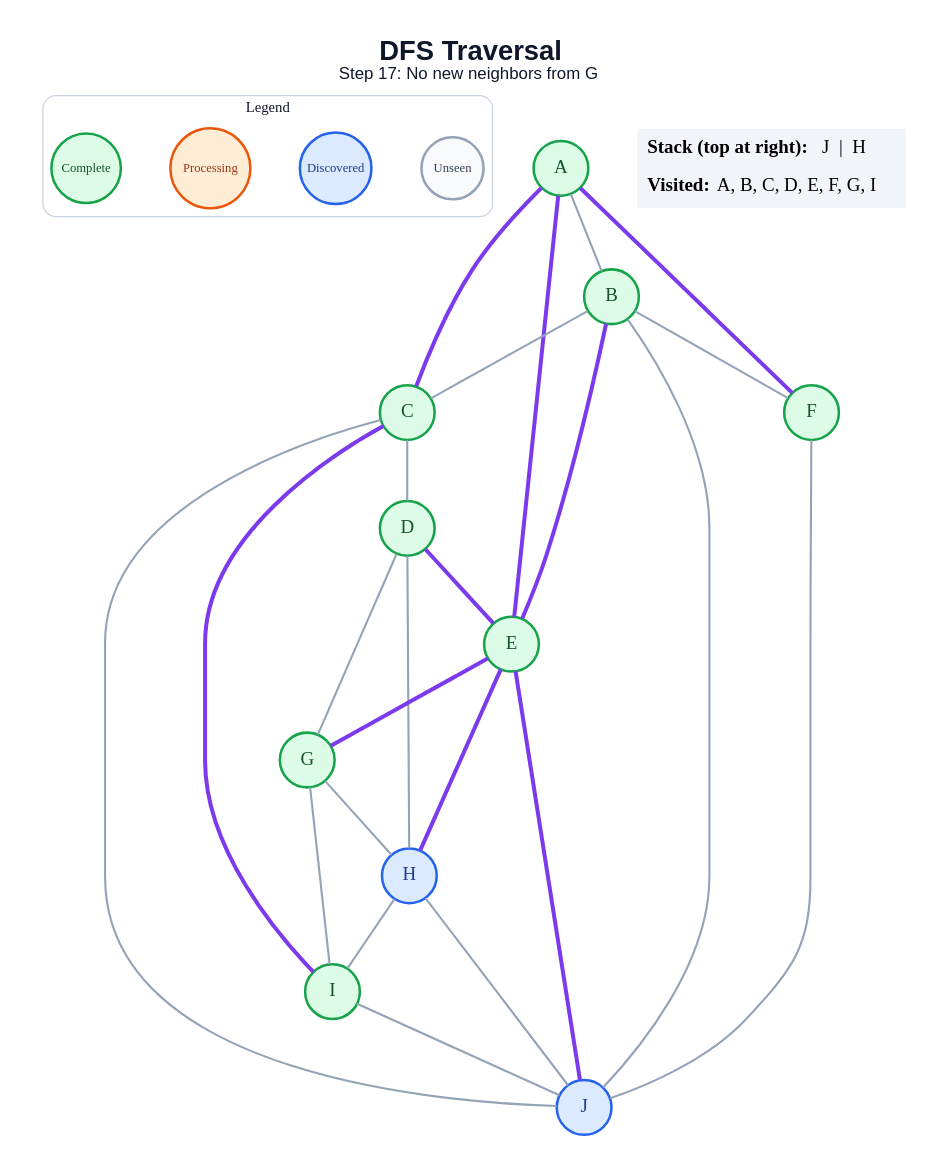
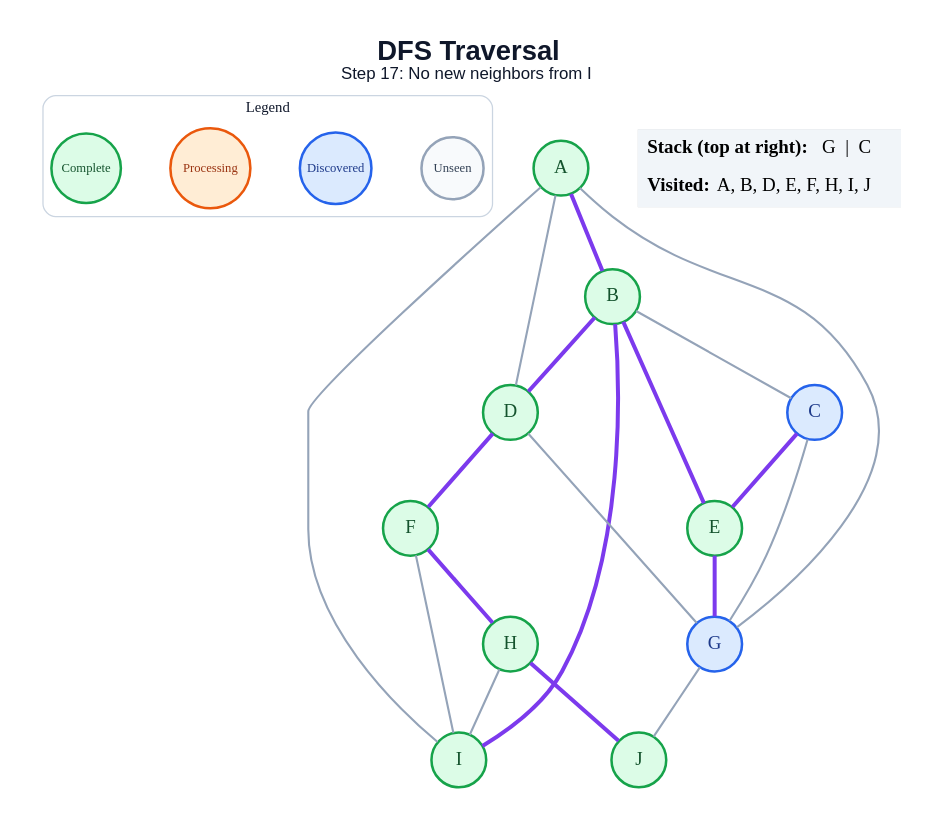
The diagram in generated/specific-node/dfs/step_17.dot (amanghodawala9/ai-slop), drawn with Graphviz before and after one commit. The commit also changed 178 other files, not shown here.

```diff
--- a/generated/specific-node/dfs/step_17.dot
+++ b/generated/specific-node/dfs/step_17.dot
@@ -1,52 +1,47 @@
 graph traversal {
   graph [layout=dot, rankdir=TB, bgcolor="#FFFFFF", pad="0.35", nodesep="0.65", ranksep="0.8", fontname="Arial"];
   node [shape=circle, style="filled", fontname="Arial Bold", fontsize=18, width=0.72, fixedsize=true, penwidth=2.4];
   edge [color="#94A3B8", penwidth=2.0];
-  label=<<B>DFS Traversal</B><BR/><FONT POINT-SIZE="16">Step 17: No new neighbors from G</FONT>>; labelloc="t"; fontsize=26; fontname="Arial"; fontcolor="#0F172A";
+  label=<<B>DFS Traversal</B><BR/><FONT POINT-SIZE="16">Step 17: No new neighbors from I</FONT>>; labelloc="t"; fontsize=26; fontname="Arial"; fontcolor="#0F172A";
   subgraph cluster_legend { label="Legend"; color="#CBD5E1"; penwidth=1.2; style="rounded"; fontsize=14; fontname="Arial Bold";
     key_unseen [label="Unseen", fillcolor="#F8FAFC", color="#94A3B8", fontcolor="#334155", fontsize=12, width=0.82];
     key_frontier [label="Discovered", fillcolor="#DBEAFE", color="#2563EB", fontcolor="#1E3A8A", fontsize=12, width=0.95];
     key_current [label="Processing", fillcolor="#FFEDD5", color="#EA580C", fontcolor="#9A3412", fontsize=12, width=1.05];
     key_done [label="Complete", fillcolor="#DCFCE7", color="#16A34A", fontcolor="#14532D", fontsize=12, width=0.92];
     { rank=same; key_unseen; key_frontier; key_current; key_done; }
   }
   A [fillcolor="#DCFCE7", color="#16A34A", fontcolor="#14532D"];
   B [fillcolor="#DCFCE7", color="#16A34A", fontcolor="#14532D"];
-  C [fillcolor="#DCFCE7", color="#16A34A", fontcolor="#14532D"];
+  C [fillcolor="#DBEAFE", color="#2563EB", fontcolor="#1E3A8A"];
   D [fillcolor="#DCFCE7", color="#16A34A", fontcolor="#14532D"];
   E [fillcolor="#DCFCE7", color="#16A34A", fontcolor="#14532D"];
   F [fillcolor="#DCFCE7", color="#16A34A", fontcolor="#14532D"];
-  G [fillcolor="#DCFCE7", color="#16A34A", fontcolor="#14532D"];
-  H [fillcolor="#DBEAFE", color="#2563EB", fontcolor="#1E3A8A"];
+  G [fillcolor="#DBEAFE", color="#2563EB", fontcolor="#1E3A8A"];
+  H [fillcolor="#DCFCE7", color="#16A34A", fontcolor="#14532D"];
   I [fillcolor="#DCFCE7", color="#16A34A", fontcolor="#14532D"];
-  J [fillcolor="#DBEAFE", color="#2563EB", fontcolor="#1E3A8A"];
-  A -- B;
-  A -- C [color="#7C3AED", penwidth=3.8];
-  A -- E [color="#7C3AED", penwidth=3.8];
-  A -- F [color="#7C3AED", penwidth=3.8];
+  J [fillcolor="#DCFCE7", color="#16A34A", fontcolor="#14532D"];
+  A -- B [color="#7C3AED", penwidth=3.8];
+  A -- D;
+  A -- G;
+  A -- I;
   B -- C;
+  B -- D [color="#7C3AED", penwidth=3.8];
   B -- E [color="#7C3AED", penwidth=3.8];
-  B -- F;
-  B -- J;
-  C -- D;
-  C -- I [color="#7C3AED", penwidth=3.8];
-  C -- J;
-  D -- E [color="#7C3AED", penwidth=3.8];
+  B -- I [color="#7C3AED", penwidth=3.8];
+  C -- E [color="#7C3AED", penwidth=3.8];
+  C -- G;
+  D -- F [color="#7C3AED", penwidth=3.8];
   D -- G;
-  D -- H;
   E -- G [color="#7C3AED", penwidth=3.8];
-  E -- H [color="#7C3AED", penwidth=3.8];
-  E -- J [color="#7C3AED", penwidth=3.8];
-  F -- J;
-  G -- H;
-  G -- I;
+  F -- H [color="#7C3AED", penwidth=3.8];
+  F -- I;
+  G -- J;
   H -- I;
-  H -- J;
-  I -- J;
+  H -- J [color="#7C3AED", penwidth=3.8];
   status [shape=plain, fixedsize=false, width=0, height=0, margin=0, label=<
     <TABLE BORDER="0" CELLBORDER="0" CELLPADDING="7" BGCOLOR="#F1F5F9">
-      <TR><TD ALIGN="LEFT"><B>Stack (top at right):</B> J  |  H</TD></TR>
-      <TR><TD ALIGN="LEFT"><B>Visited:</B> A, B, C, D, E, F, G, I</TD></TR>
+      <TR><TD ALIGN="LEFT"><B>Stack (top at right):</B> G  |  C</TD></TR>
+      <TR><TD ALIGN="LEFT"><B>Visited:</B> A, B, D, E, F, H, I, J</TD></TR>
     </TABLE>
   >];
 }
```
